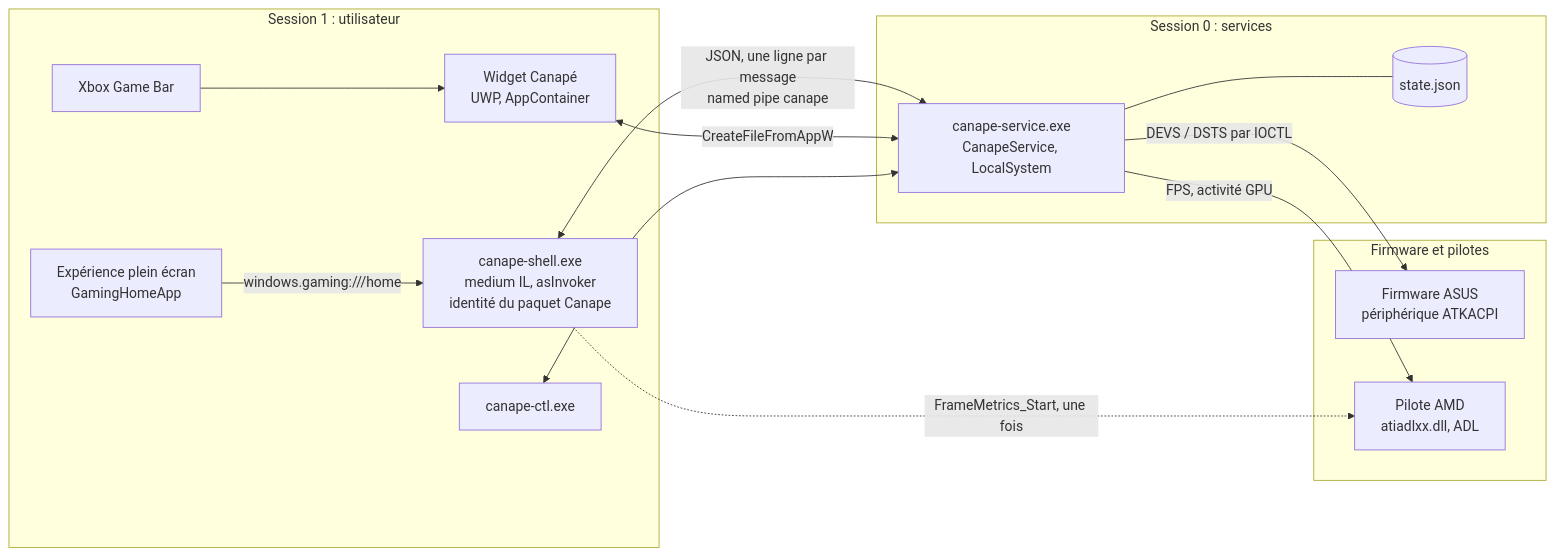
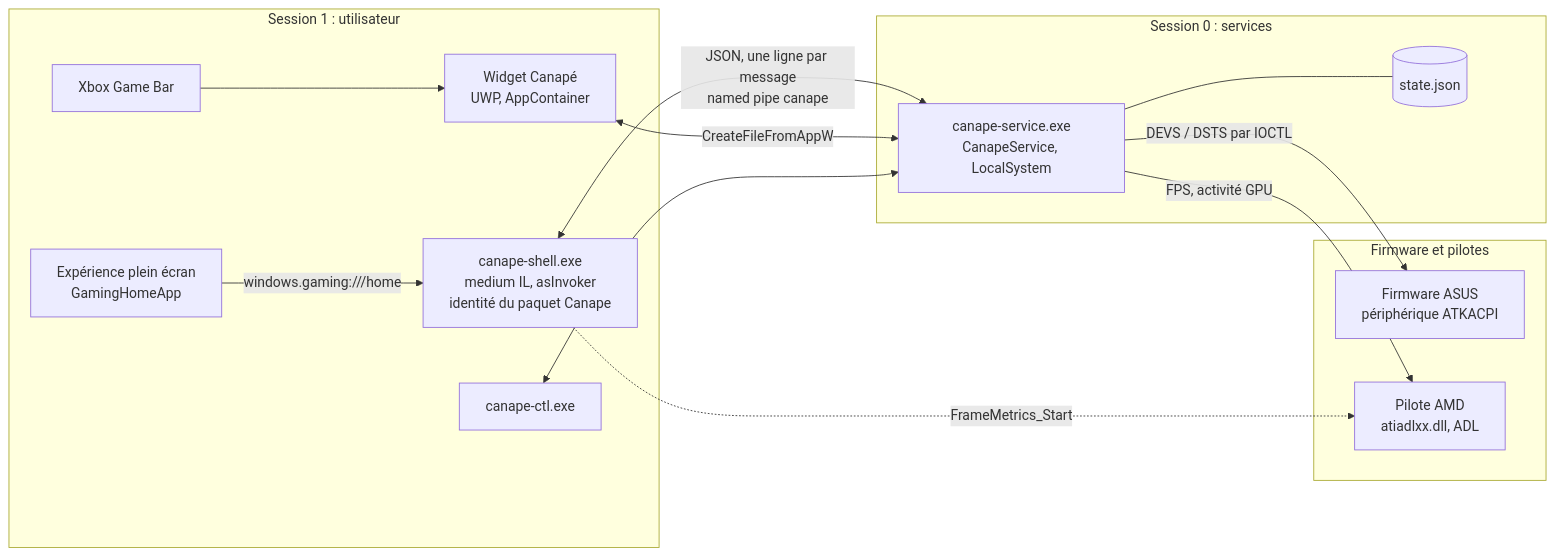
The first of 5 diagrams in docs/developer-guide.fr.md (pierregouedar/canape), drawn with Mermaid before and after one commit. The commit also changed other lines of this file and 4 other files, not shown here.

First line of the commit message:
Shell: start the driver's frame metrics again when a game has none

````diff
--- a/docs/developer-guide.fr.md
+++ b/docs/developer-guide.fr.md
@@ -41,27 +41,27 @@
 ```mermaid
 flowchart LR
     subgraph S1["Session 1 : utilisateur"]
         FSE["Expérience plein écran<br/>GamingHomeApp"]
         GB["Xbox Game Bar"]
         SHELL["canape-shell.exe<br/>medium IL, asInvoker<br/>identité du paquet Canape"]
         WIDGET["Widget Canapé<br/>UWP, AppContainer"]
         CTL["canape-ctl.exe"]
     end
     subgraph S0["Session 0 : services"]
         SVC["canape-service.exe<br/>CanapeService, LocalSystem"]
         STATE[("state.json")]
     end
     subgraph HW["Firmware et pilotes"]
         ATK["Firmware ASUS<br/>périphérique ATKACPI"]
         ADL["Pilote AMD<br/>atiadlxx.dll, ADL"]
     end
     FSE -->|"windows.gaming:///home"| SHELL
     GB --> WIDGET
     SHELL <-->|"JSON, une ligne par message<br/>named pipe canape"| SVC
     WIDGET <-->|"CreateFileFromAppW"| SVC
     CTL <--> SVC
-    SHELL -.->|"FrameMetrics_Start, une fois"| ADL
+    SHELL -.->|"FrameMetrics_Start"| ADL
     SVC -->|"DEVS / DSTS par IOCTL"| ATK
     SVC -->|"FPS, activité GPU"| ADL
     SVC --- STATE
 ```
````
